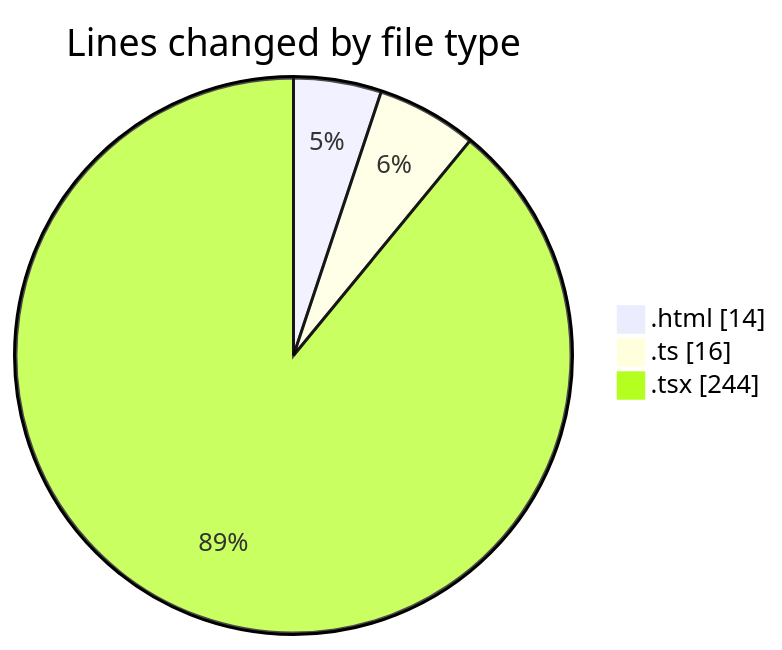
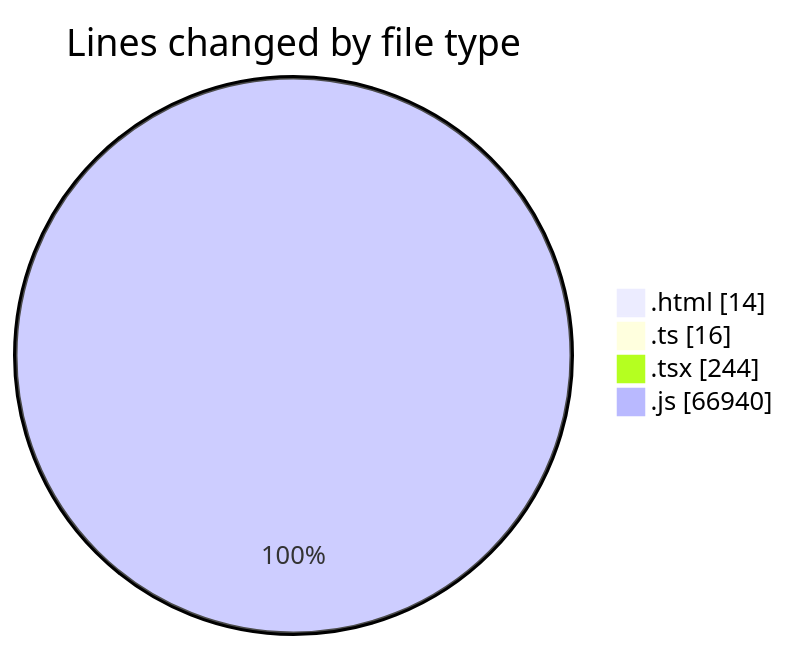
The first of 2 diagrams in 2025-02-06/portofolio/README.md (donsfak/code-tracking), drawn with Mermaid before and after one commit. The commit also changed other lines of this file and 1 other file, not shown here.

````diff
--- a/2025-02-06/portofolio/README.md
+++ b/2025-02-06/portofolio/README.md
@@ -22,7 +23,8 @@
 ```mermaid
 pie showData
 title Lines changed by file type
 ".html" : 14
 ".ts" : 16
 ".tsx" : 244
+".js" : 66940
 ```
````
